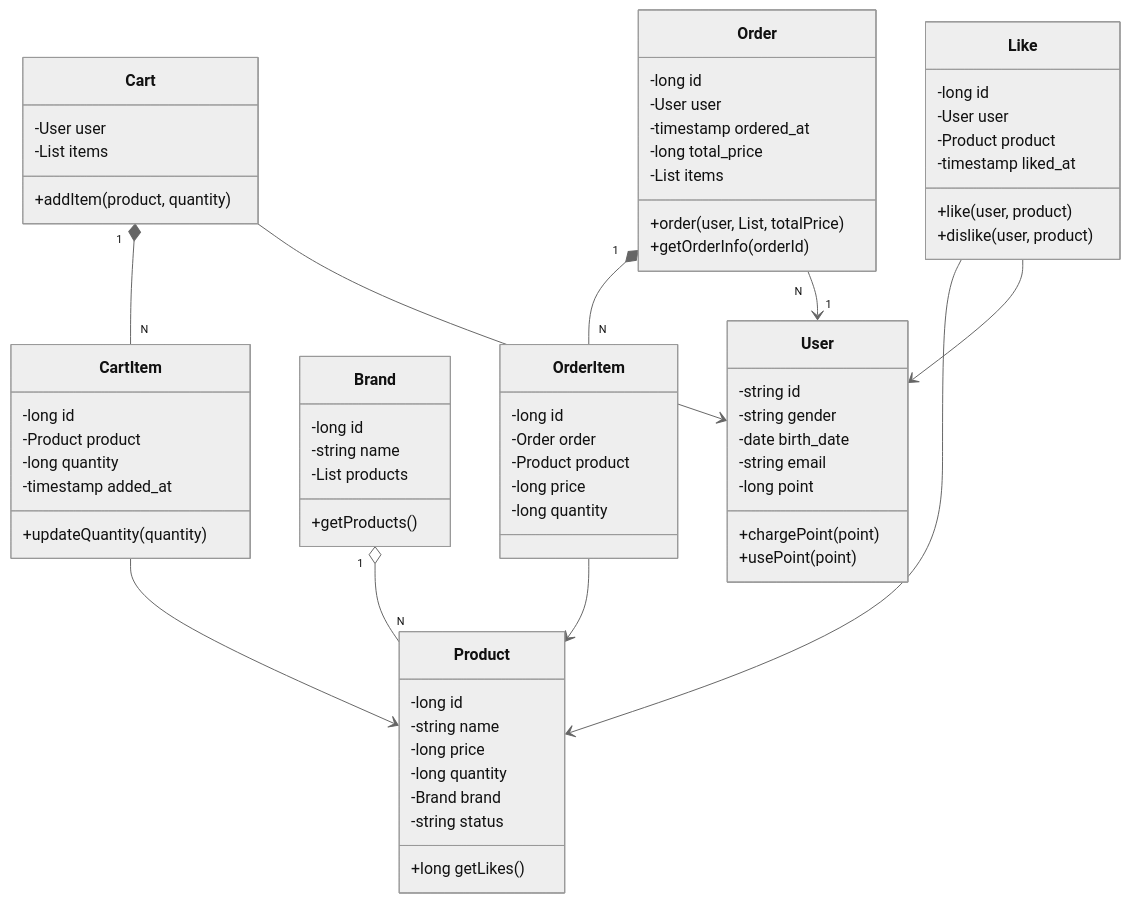
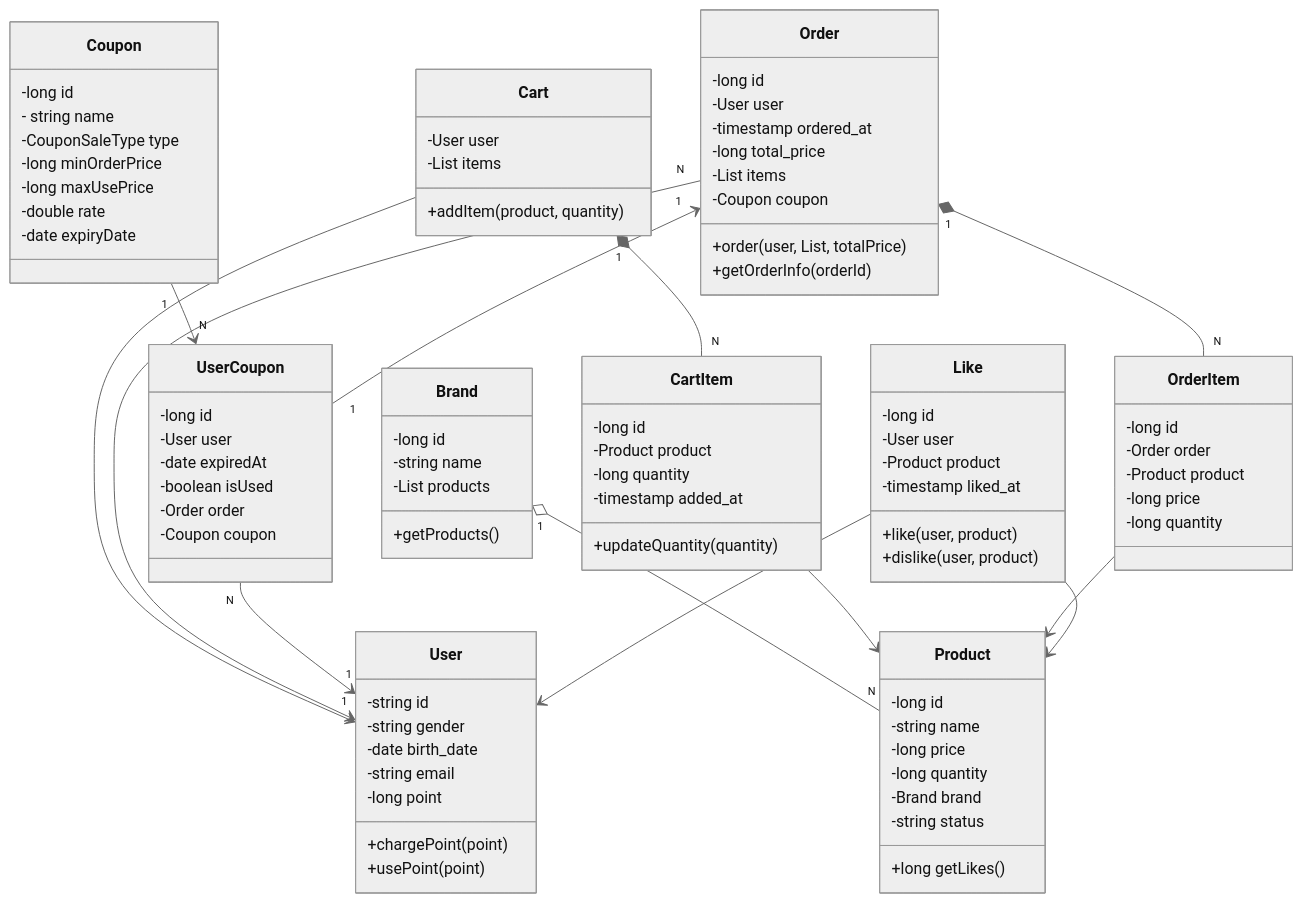
Before and after one commit to soyeonnnb/loopers-java-template: the diagram in docs/design/03-class-diagram.md, drawn with Mermaid (neutral theme). The commit also changed 3 other files, not shown here.

```diff
--- a/docs/design/03-class-diagram.md
+++ b/docs/design/03-class-diagram.md
@@ -28,12 +28,36 @@
 		+long getLikes()
 	}
 
+	class Coupon {
+		-long id
+		- string name
+		%%(FLAT정액, RATE정률)
+		-CouponSaleType type
+		%% 최소주문금액
+		-long minOrderPrice
+		%% 최대사용금액
+		-long maxUsePrice
+		%% 정률 시 할인 퍼센트
+		-double rate
+		-date expiryDate
+	}
+
+	class UserCoupon {
+		-long id
+		-User user
+		-date expiredAt
+		-boolean isUsed
+		-Order order
+		-Coupon coupon
+	}
+
 	class Order {
 		-long id
 		-User user
 		-timestamp ordered_at
 		-long total_price
 		-List<OrderItems> items
+		-Coupon coupon
 		+order(user, List<Product>, totalPrice)
 		+getOrderInfo(orderId)
 	}
@@ -79,6 +103,10 @@
 	Order "1" *-- "N" OrderItem
 	OrderItem --> Product
 	Order "N" --> "1" User
+	Coupon "1" --> "N" UserCoupon
+	UserCoupon "N" --> "1" User
+	Order "1" <-- "1" UserCoupon
+
 
 	%% Like
 	Like --> Product
```
